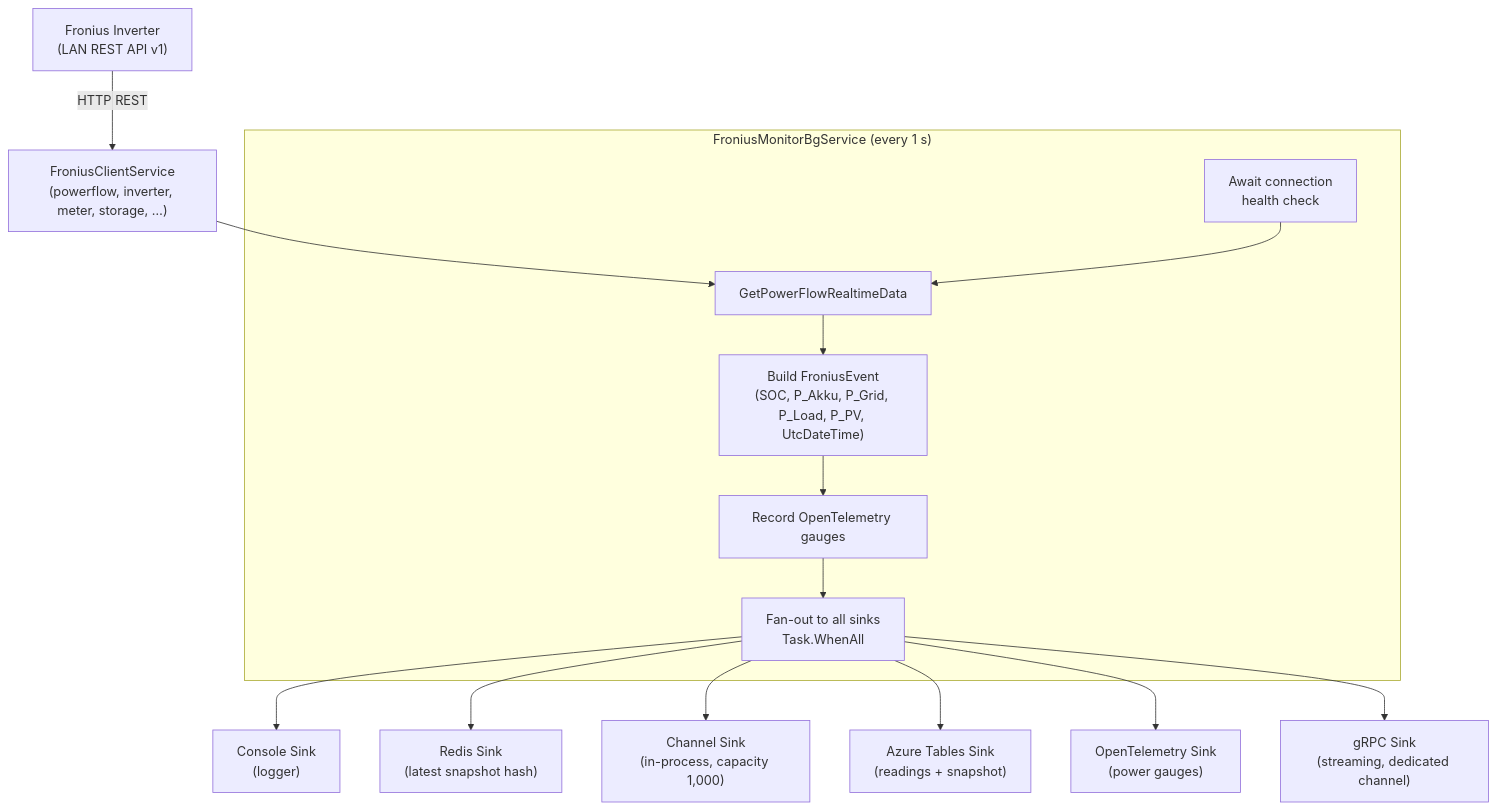
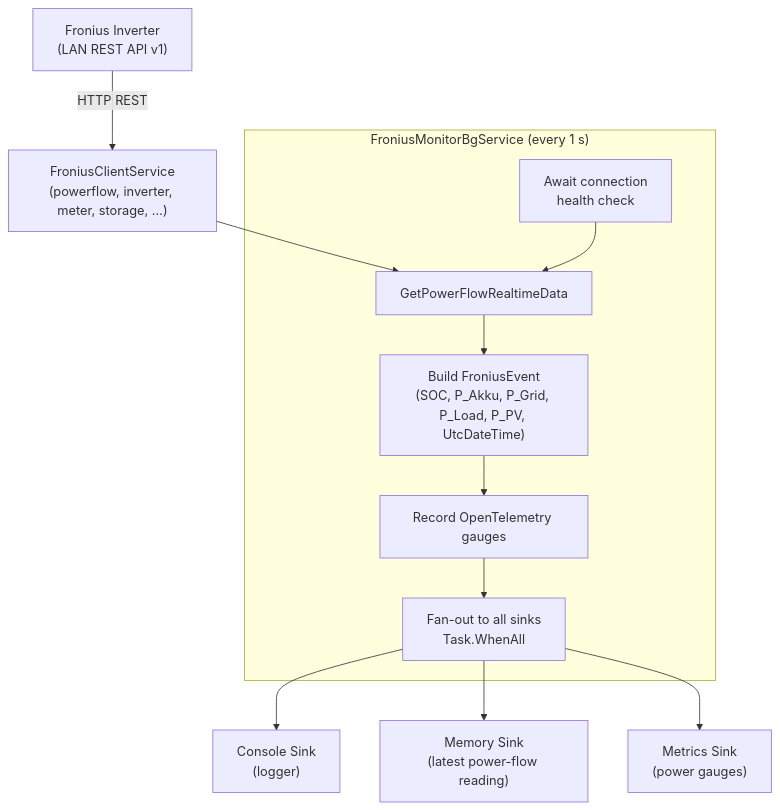
One commit to f2calv/SmartHaus changed the diagram in src/CasCap.Api.Fronius/README.md. Above: the diagram before and after it, drawn with Mermaid. The commit also changed other lines of this file and 9 other files, not shown here.

````diff
--- a/src/CasCap.Api.Fronius/README.md
+++ b/src/CasCap.Api.Fronius/README.md
@@ -32,31 +32,25 @@
 ```mermaid
 flowchart TD
     INVERTER["Fronius Inverter\n(LAN REST API v1)"]
 
     subgraph Monitor["FroniusMonitorBgService (every 1 s)"]
         HEALTH["Await connection\nhealth check"]
         FETCH["GetPowerFlowRealtimeData"]
         BUILD["Build FroniusEvent\n(SOC, P_Akku, P_Grid, P_Load, P_PV, UtcDateTime)"]
         METRICS["Record OpenTelemetry gauges"]
         DISPATCH["Fan-out to all sinks\nTask.WhenAll"]
     end
 
     SINK_CONSOLE["Console Sink\n(logger)"]
-    SINK_REDIS["Redis Sink\n(latest snapshot hash)"]
-    SINK_CHANNEL["Channel Sink\n(in-process, capacity 1,000)"]
-    SINK_AZTABLES["Azure Tables Sink\n(readings + snapshot)"]
-    SINK_OTEL["OpenTelemetry Sink\n(power gauges)"]
-    SINK_GRPC["gRPC Sink\n(streaming, dedicated channel)"]
+    SINK_MEMORY["Memory Sink\n(latest power-flow reading)"]
+    SINK_METRICS["Metrics Sink\n(power gauges)"]
 
     CLIENT["FroniusClientService\n(powerflow, inverter, meter, storage, …)"]
 
     INVERTER -->|HTTP REST| CLIENT
     CLIENT --> FETCH
     HEALTH --> FETCH --> BUILD --> METRICS --> DISPATCH
     DISPATCH --> SINK_CONSOLE
-    DISPATCH --> SINK_REDIS
-    DISPATCH --> SINK_CHANNEL
-    DISPATCH --> SINK_AZTABLES
-    DISPATCH --> SINK_OTEL
-    DISPATCH --> SINK_GRPC
+    DISPATCH --> SINK_MEMORY
+    DISPATCH --> SINK_METRICS
 ```
````
